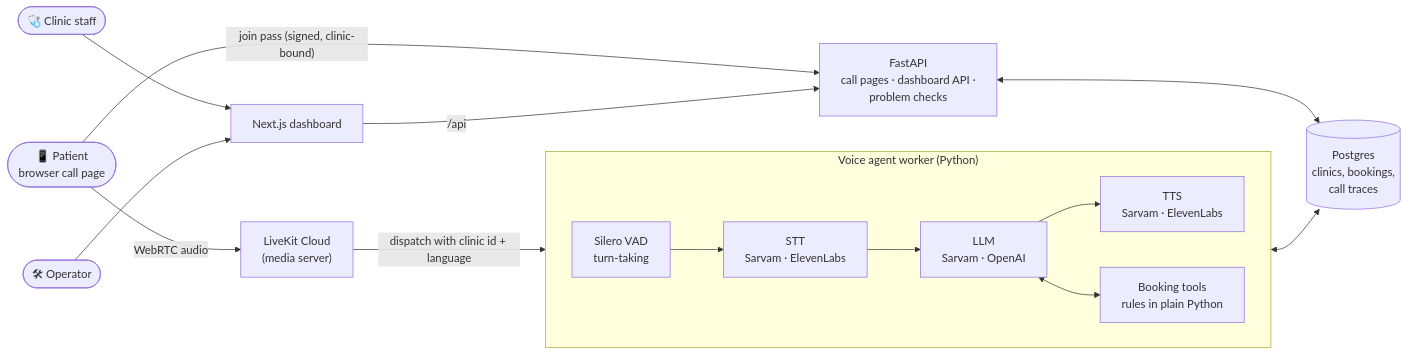
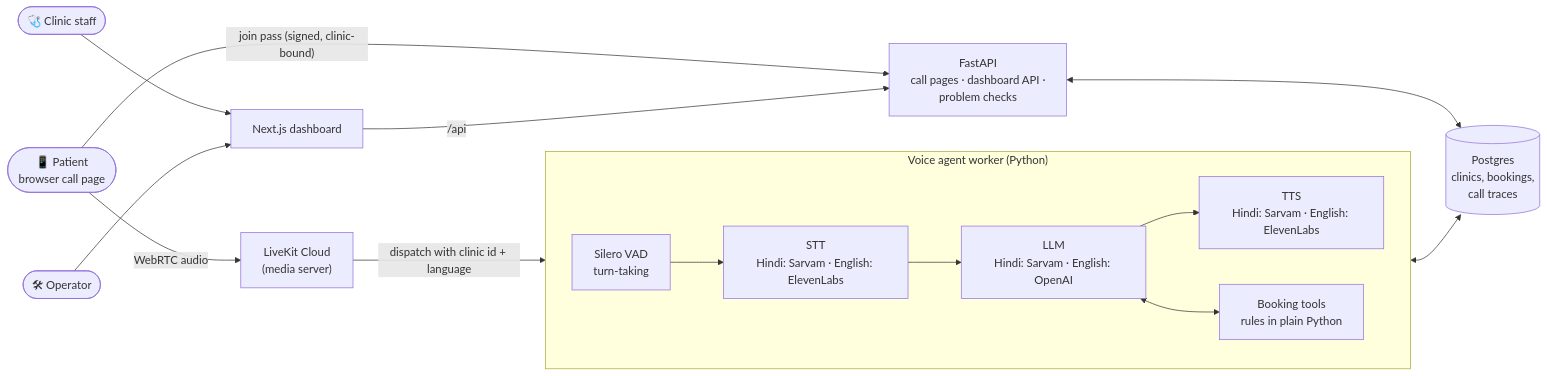
Before and after one commit to Harsh251005/clinic-voice-agent: the diagram in README.md, drawn with Mermaid. The commit also changed other lines of this file and 61 other files, not shown here.

First line of the commit message:
feat(lines): English and Hindi as two separate pipelines, chosen on the call page

````diff
--- a/README.md
+++ b/README.md
@@ -42,17 +43,17 @@
 ```mermaid
 flowchart LR
     caller(["📱 Patient<br/>browser call page"]) -- WebRTC audio --> lk["LiveKit Cloud<br/>(media server)"]
     lk -- dispatch with clinic id + language --> worker
 
     subgraph worker["Voice agent worker (Python)"]
         direction LR
-        vad["Silero VAD<br/>turn-taking"] --> stt["STT<br/>Sarvam · ElevenLabs"] --> llm["LLM<br/>Sarvam · OpenAI"] --> tts["TTS<br/>Sarvam · ElevenLabs"]
+        vad["Silero VAD<br/>turn-taking"] --> stt["STT<br/>Hindi: Sarvam · English: ElevenLabs"] --> llm["LLM<br/>Hindi: Sarvam · English: OpenAI"] --> tts["TTS<br/>Hindi: Sarvam · English: ElevenLabs"]
         llm <--> tools["Booking tools<br/>rules in plain Python"]
     end
 
     tools <--> db[("Postgres<br/>clinics, bookings,<br/>call traces")]
     api["FastAPI<br/>call pages · dashboard API ·<br/>problem checks"] <--> db
     caller -- "join pass (signed, clinic-bound)" --> api
     staff(["🩺 Clinic staff"]) --> web["Next.js dashboard"] -- /api --> api
     ops(["🛠 Operator"]) --> web
 ```
````
